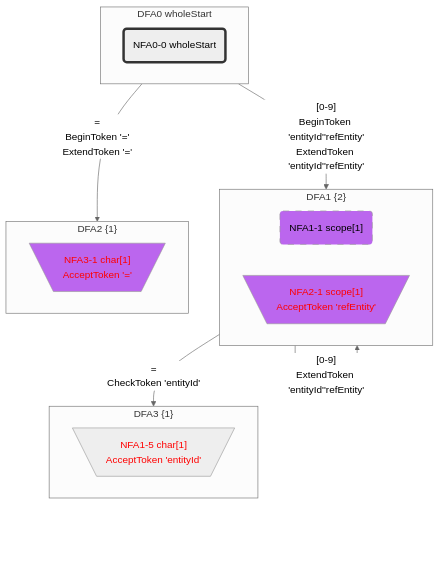
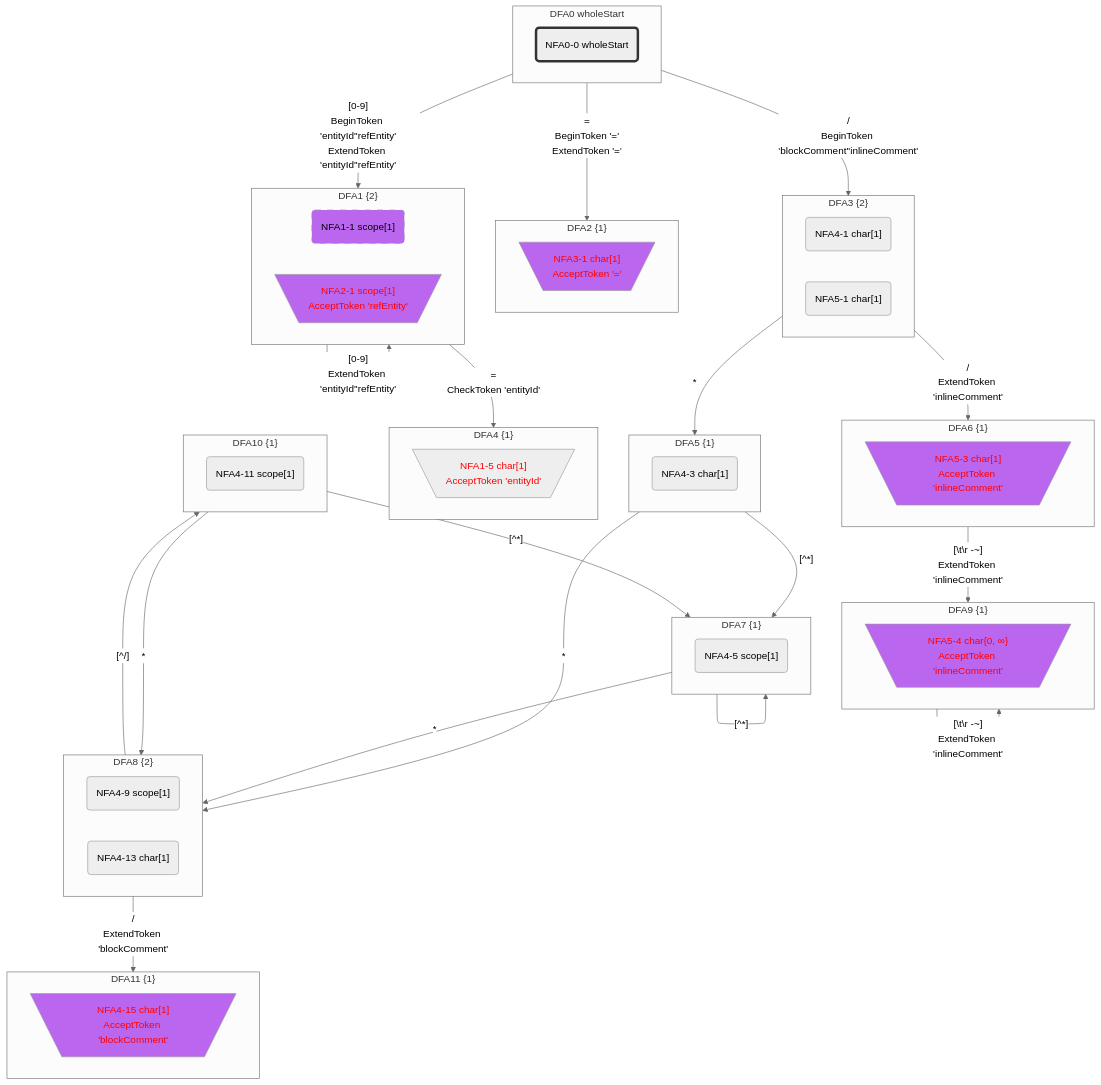
Before and after one commit to bitzhuwei/GrammarMentor: the fourth of 7 diagrams in Practices/Practice.GeneratedXxxFormat.Test/GeneratedPostfix/doc/LexicalStates.gen.md, drawn with Mermaid (neutral theme). The commit also changed other lines of this file and 3868 other files, not shown here.

````diff
--- a/Practices/Practice.GeneratedXxxFormat.Test/GeneratedPostfix/doc/LexicalStates.gen.md
+++ b/Practices/Practice.GeneratedXxxFormat.Test/GeneratedPostfix/doc/LexicalStates.gen.md
@@ -336,39 +641,92 @@
 classDef c1101 stroke:#333,stroke-width:4px,fill:#BB66EE,color:#FF0000;
 classDef c1110 stroke:#333,stroke-width:4px,fill:#BB66EE,stroke-dasharray: 10 10;
 classDef c1111 stroke:#333,stroke-width:4px,fill:#BB66EE,stroke-dasharray: 10 10,color:#FF0000;
-subgraph DFA0_-1191917276["DFA0 wholeStart"]
-NFA0_0_63287211_0("NFA0-0 wholeStart")
-class NFA0_0_63287211_0 c1000;
+subgraph DFA0_1257045888["DFA0 wholeStart"]
+NFA0_0_44657822_0("NFA0-0 wholeStart")
+class NFA0_0_44657822_0 c1000;
 end
-class DFA0_-1191917276 c1000;
-subgraph DFA1_635551321["DFA1 {2}"]
-NFA1_1_32713991_1("NFA1-1 scope[1]")
-class NFA1_1_32713991_1 c0110;
-NFA2_1_25990465_2[\"NFA2-1 scope[1]
+class DFA0_1257045888 c1000;
+subgraph DFA1_1892905281["DFA1 {2}"]
+NFA1_1_66376082_1("NFA1-1 scope[1]")
+class NFA1_1_66376082_1 c0110;
+NFA2_1_60513834_2[\"NFA2-1 scope[1]
 AcceptToken 'refEntity'"/]
-class NFA2_1_25990465_2 c0101;
+class NFA2_1_60513834_2 c0101;
 end
-class DFA1_635551321 c0111;
-subgraph DFA2_-740525413["DFA2 {1}"]
-NFA3_1_32587594_3[\"NFA3-1 char[1]
+class DFA1_1892905281 c0111;
+subgraph DFA2_-1400778774["DFA2 {1}"]
+NFA3_1_7753598_3[\"NFA3-1 char[1]
 AcceptToken '='"/]
-class NFA3_1_32587594_3 c0101;
+class NFA3_1_7753598_3 c0101;
 end
-class DFA2_-740525413 c0101;
-subgraph DFA3_-374645365["DFA3 {1}"]
-NFA1_5_24852891_4[\"NFA1-5 char[1]
+class DFA2_-1400778774 c0101;
+subgraph DFA3_1164797663["DFA3 {2}"]
+NFA4_1_2673518_4("NFA4-1 char[1]")
+NFA5_1_24061669_5("NFA5-1 char[1]")
+end
+subgraph DFA4_-561999181["DFA4 {1}"]
+NFA1_5_15228435_6[\"NFA1-5 char[1]
 AcceptToken 'entityId'"/]
-class NFA1_5_24852891_4 c0001;
+class NFA1_5_15228435_6 c0001;
 end
-class DFA3_-374645365 c0001;
-DFA0_-1191917276 -->|"[0-9]
+class DFA4_-561999181 c0001;
+subgraph DFA5_1214651240["DFA5 {1}"]
+NFA4_3_25543745_7("NFA4-3 char[1]")
+end
+subgraph DFA6_14562357["DFA6 {1}"]
+NFA5_3_2838193_8[\"NFA5-3 char[1]
+AcceptToken 'inlineComment'"/]
+class NFA5_3_2838193_8 c0101;
+end
+class DFA6_14562357 c0101;
+subgraph DFA7_392280436["DFA7 {1}"]
+NFA4_5_55777439_9("NFA4-5 scope[1]")
+end
+subgraph DFA8_1257315080["DFA8 {2}"]
+NFA4_9_28567114_10("NFA4-9 scope[1]")
+NFA4_13_32234903_11("NFA4-13 char[1]")
+end
+subgraph DFA9_-1363874881["DFA9 {1}"]
+NFA5_4_21678677_12[\"NFA5-4 char{0, ∞}
+AcceptToken 'inlineComment'"/]
+class NFA5_4_21678677_12 c0101;
+end
+class DFA9_-1363874881 c0101;
+subgraph DFA10_-721149647["DFA10 {1}"]
+NFA4_11_11142412_13("NFA4-11 scope[1]")
+end
+subgraph DFA11_1533316750["DFA11 {1}"]
+NFA4_15_60890369_14[\"NFA4-15 char[1]
+AcceptToken 'blockComment'"/]
+class NFA4_15_60890369_14 c0101;
+end
+class DFA11_1533316750 c0101;
+DFA0_1257045888 -->|"[0-9]
 BeginToken 'entityId''refEntity'
-ExtendToken 'entityId''refEntity'"|DFA1_635551321
-DFA0_-1191917276 -->|"=
+ExtendToken 'entityId''refEntity'"|DFA1_1892905281
+DFA0_1257045888 -->|"=
 BeginToken '='
-ExtendToken '='"|DFA2_-740525413
-DFA1_635551321 -->|"[0-9]
-ExtendToken 'entityId''refEntity'"|DFA1_635551321
-DFA1_635551321 -->|"=
-CheckToken 'entityId'"|DFA3_-374645365
+ExtendToken '='"|DFA2_-1400778774
+DFA0_1257045888 -->|"/
+BeginToken 'blockComment''inlineComment'"|DFA3_1164797663
+DFA1_1892905281 -->|"[0-9]
+ExtendToken 'entityId''refEntity'"|DFA1_1892905281
+DFA1_1892905281 -->|"=
+CheckToken 'entityId'"|DFA4_-561999181
+DFA3_1164797663 -->|"*"|DFA5_1214651240
+DFA3_1164797663 -->|"/
+ExtendToken 'inlineComment'"|DFA6_14562357
+DFA5_1214651240 -->|"[^*]"|DFA7_392280436
+DFA5_1214651240 -->|"*"|DFA8_1257315080
+DFA6_14562357 -->|"[#92;t#92;r#32;-~]
+ExtendToken 'inlineComment'"|DFA9_-1363874881
+DFA7_392280436 -->|"[^*]"|DFA7_392280436
+DFA7_392280436 -->|"*"|DFA8_1257315080
+DFA8_1257315080 -->|"[^/]"|DFA10_-721149647
+DFA8_1257315080 -->|"/
+ExtendToken 'blockComment'"|DFA11_1533316750
+DFA9_-1363874881 -->|"[#92;t#92;r#32;-~]
+ExtendToken 'inlineComment'"|DFA9_-1363874881
+DFA10_-721149647 -->|"[^*]"|DFA7_392280436
+DFA10_-721149647 -->|"*"|DFA8_1257315080
 ```
````
